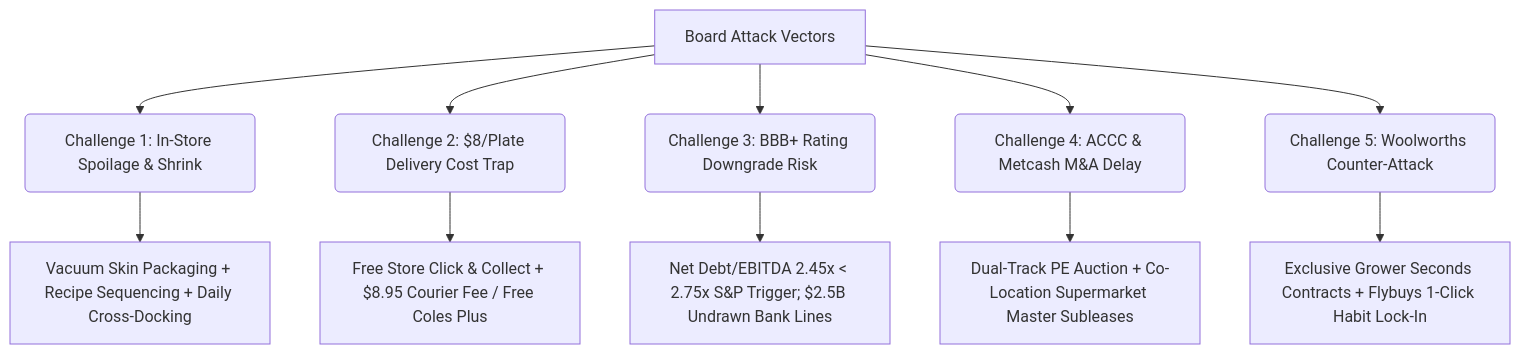
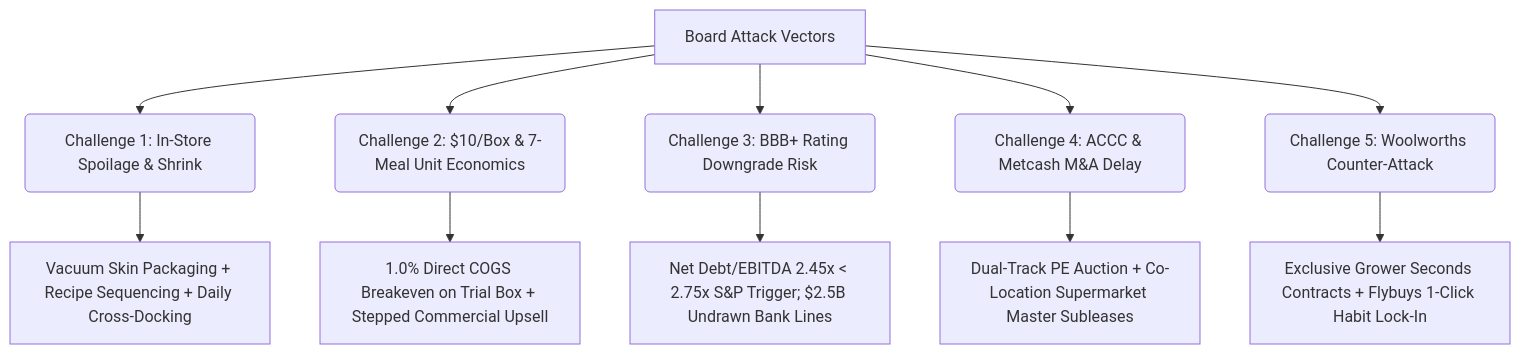
The diagram in implementation_plan.md (pangwuu/coles-kits-plan), drawn with Mermaid before and after one commit. The commit also changed other lines of this file and 2 other files, not shown here.

Commit message:
Update plan with .4B TAM, 7 meals @ /box, and dynamic sensitivity analysis

````diff
--- a/implementation_plan.md
+++ b/implementation_plan.md
@@ -135,14 +165,14 @@
 ```mermaid
 graph TD
     A[Board Attack Vectors] --> B(Challenge 1: In-Store Spoilage & Shrink)
-    A --> C(Challenge 2: $8/Plate Delivery Cost Trap)
+    A --> C(Challenge 2: $10/Box & 7-Meal Unit Economics)
     A --> D(Challenge 3: BBB+ Rating Downgrade Risk)
     A --> E(Challenge 4: ACCC & Metcash M&A Delay)
     A --> F(Challenge 5: Woolworths Counter-Attack)
 
     B --> B1[Vacuum Skin Packaging + Recipe Sequencing + Daily Cross-Docking]
-    C --> C1[Free Store Click & Collect + $8.95 Courier Fee / Free Coles Plus]
+    C --> C1[1.0% Direct COGS Breakeven on Trial Box + Stepped Commercial Upsell]
     D --> D1[Net Debt/EBITDA 2.45x < 2.75x S&P Trigger; $2.5B Undrawn Bank Lines]
     E --> E1[Dual-Track PE Auction + Co-Location Supermarket Master Subleases]
     F --> F1[Exclusive Grower Seconds Contracts + Flybuys 1-Click Habit Lock-In]
 ```
````
